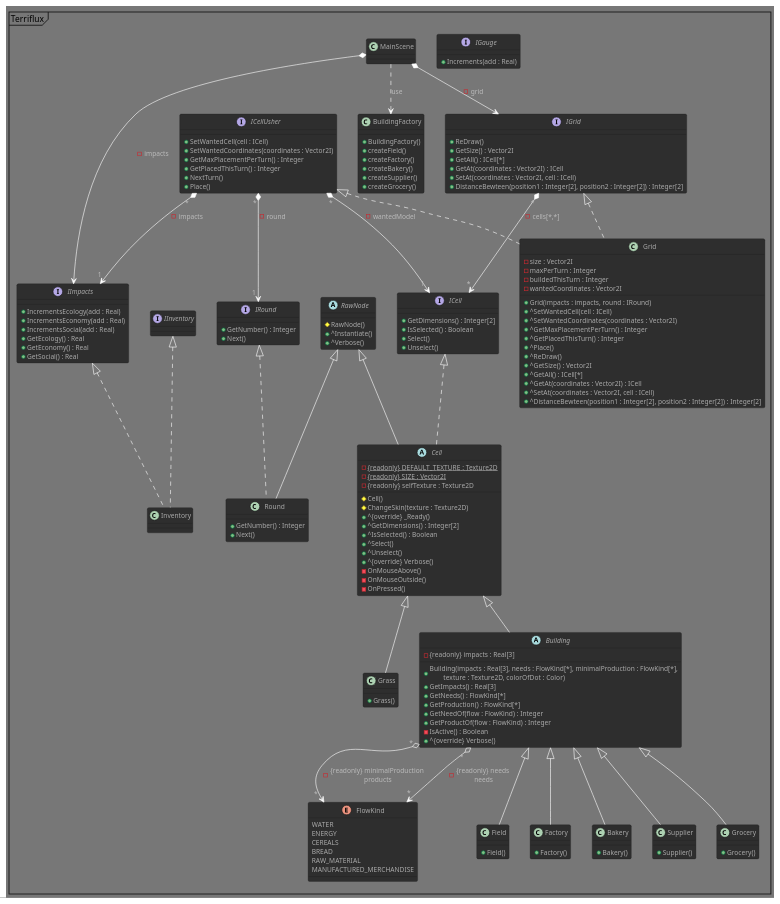
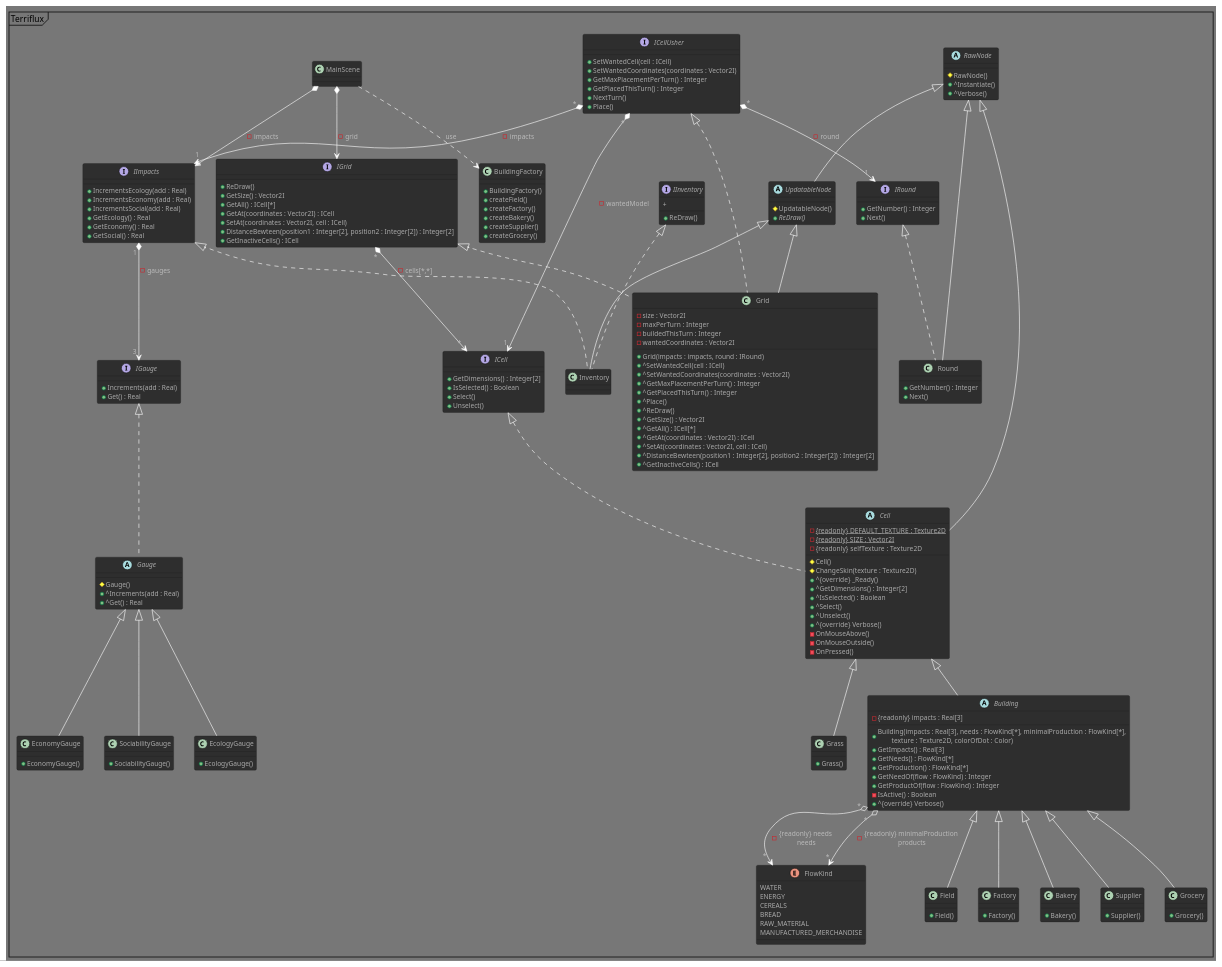
The diagram in Terriflux.puml (Spidermatou/Terriflux), drawn with PlantUML before and after one commit.

Commit message:
add updatableNode abstract

```diff
--- a/Terriflux.puml
+++ b/Terriflux.puml
@@ -19,6 +19,11 @@
     # RawNode() /' this.Name = this.getClass().ToString() '/ 
     + ^Instantiate() /' (RawNode) GD.Load<PackedScene>(chemin_vers_noeud + noeud.Name) '/
     + ^Verbose()
+}
+abstract UpdatableNode extends RawNode
+{
+    # UpdatableNode() 
+    + {abstract} ReDraw()
 }
 
 /' CELLS '/
@@ -125,6 +130,7 @@
     + GetAt(coordinates : Vector2I) : ICell
     + SetAt(coordinates : Vector2I, cell : ICell)
     + DistanceBewteen(position1 : Integer[2], position2 : Integer[2]) : Integer[2] /' Tuple<int, int> '/
+    + GetInactiveCells() : ICell        /' notamment les batiments qui ne peuvent produire '/
 }
 IGrid" * " *--> " * "ICell : - cells[*,*] 
 /' gere uniquement le placement de cellule (et donc batiments) 
@@ -141,7 +147,7 @@
 ICellUsher" * " *--> " 1 "ICell : - wantedModel 
 ICellUsher" * " *--> " 1 "IImpacts : - impacts 
 ICellUsher" * " *--> " 1 "IRound : - round 
-class Grid implements IGrid, ICellUsher
+class Grid extends UpdatableNode implements IGrid, ICellUsher
 {
     - size : Vector2I
     - maxPerTurn : Integer
@@ -159,9 +165,33 @@
     + ^GetAt(coordinates : Vector2I) : ICell
     + ^SetAt(coordinates : Vector2I, cell : ICell)
     + ^DistanceBewteen(position1 : Integer[2], position2 : Integer[2]) : Integer[2]
+    + ^GetInactiveCells() : ICell      
 }
 
 /' INVENTORY & IMPACTS '/
+interface IGauge
+{
+    + Increments(add : Real)
+    + Get() : Real
+}
+abstract Gauge implements IGauge
+{
+    # Gauge()
+    + ^Increments(add : Real)
+    + ^Get() : Real
+}
+class EcologyGauge extends Gauge
+{
+    + EcologyGauge()
+}
+class EconomyGauge extends Gauge
+{
+    + EconomyGauge()
+}
+class SociabilityGauge extends Gauge
+{
+    + SociabilityGauge()
+}
 interface IImpacts
 {
     + IncrementsEcology(add : Real)
@@ -171,16 +201,15 @@
     + GetEconomy() : Real
     + GetSocial() : Real
 }
+IImpacts" 1 " *--> " 3 "IGauge : - gauges
+interface IInventory 
+{
+    + ReDraw()
+    + 
+/' -- TODO -- '/
 
-interface IGauge
-{
-    + Increments(add : Real)
 }
-
-
-interface IInventory /' ancien node Impact avec acces inventaire ET jauges, mais renommé '/
-/' -- TODO -- '/
-class Inventory implements  IImpacts, IInventory
+class Inventory extends UpdatableNode implements IImpacts, IInventory /' ancien node Impact avec acces inventaire ET jauges, mais renommé '/
 /' -- TODO -- '/
 
 
```
